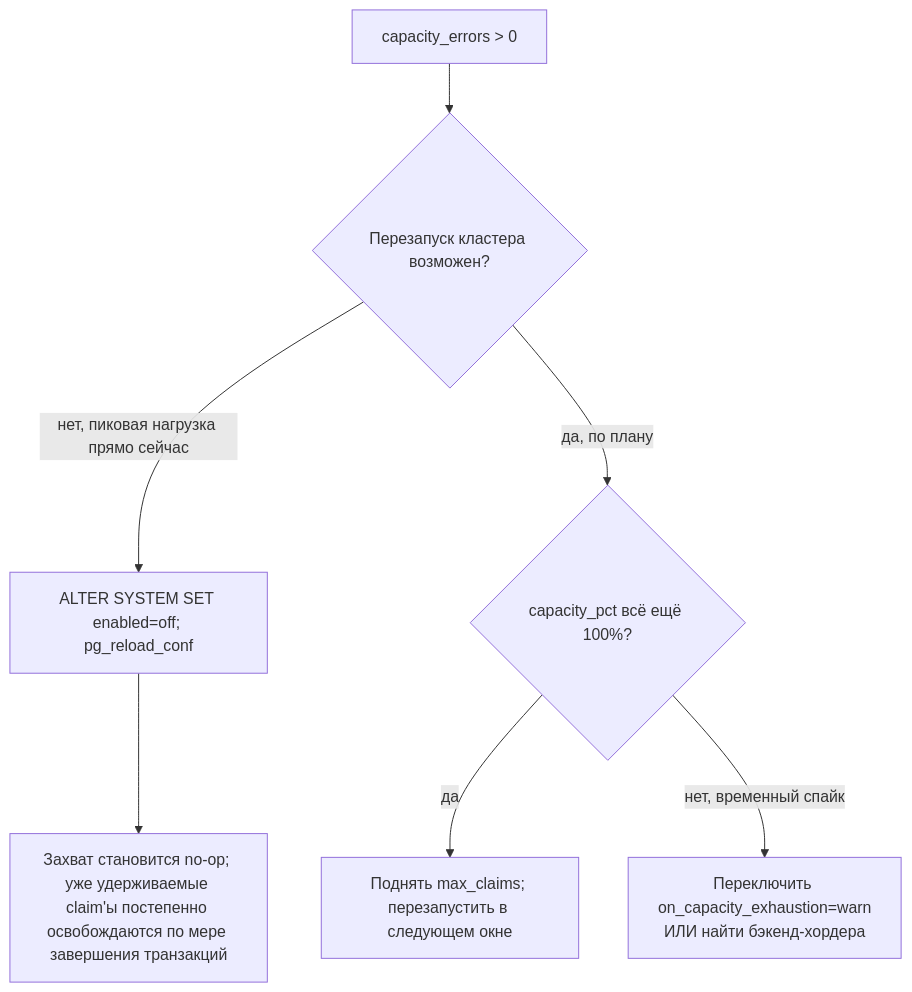
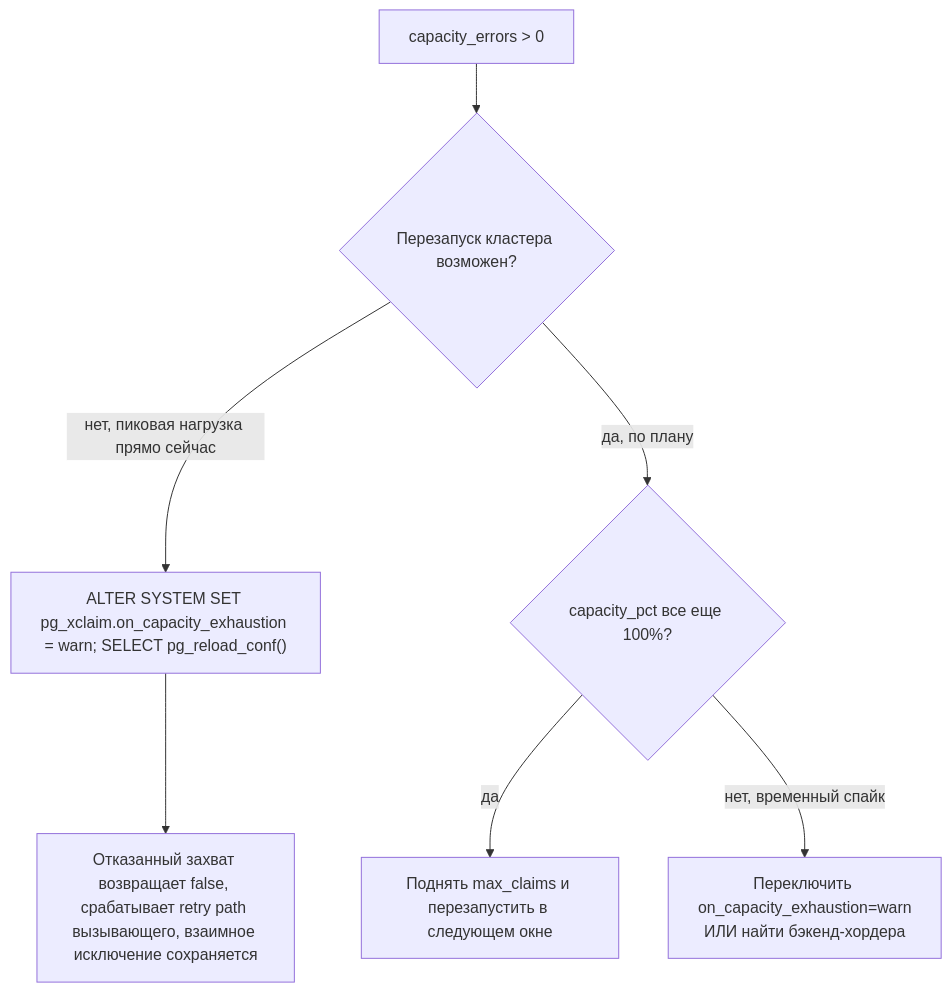
Before and after one commit to Fenoman/pg_xclaim: the second of 2 diagrams in docs/incident-decision-tree.md, drawn with Mermaid. The commit also changed other lines of this file and 104 other files, not shown here.

````diff
--- a/docs/incident-decision-tree.md
+++ b/docs/incident-decision-tree.md
@@ -167,9 +170,9 @@
 ```mermaid
 flowchart TD
     A[capacity_errors > 0] --> B{Перезапуск кластера возможен?}
-    B -- "нет, пиковая нагрузка прямо сейчас" --> C[ALTER SYSTEM SET enabled=off; pg_reload_conf]
-    C --> C1[Захват становится no-op; уже удерживаемые claim'ы постепенно освобождаются по мере завершения транзакций]
-    B -- "да, по плану" --> D{capacity_pct всё ещё 100%?}
-    D -- "да" --> E[Поднять max_claims; перезапустить в следующем окне]
+    B -- "нет, пиковая нагрузка прямо сейчас" --> C["ALTER SYSTEM SET pg_xclaim.on_capacity_exhaustion = warn; SELECT pg_reload_conf()"]
+    C --> C1[Отказанный захват возвращает false, срабатывает retry path вызывающего, взаимное исключение сохраняется]
+    B -- "да, по плану" --> D{capacity_pct все еще 100%?}
+    D -- "да" --> E[Поднять max_claims и перезапустить в следующем окне]
     D -- "нет, временный спайк" --> F[Переключить on_capacity_exhaustion=warn<br/>ИЛИ найти бэкенд-хордера]
 ```
````
